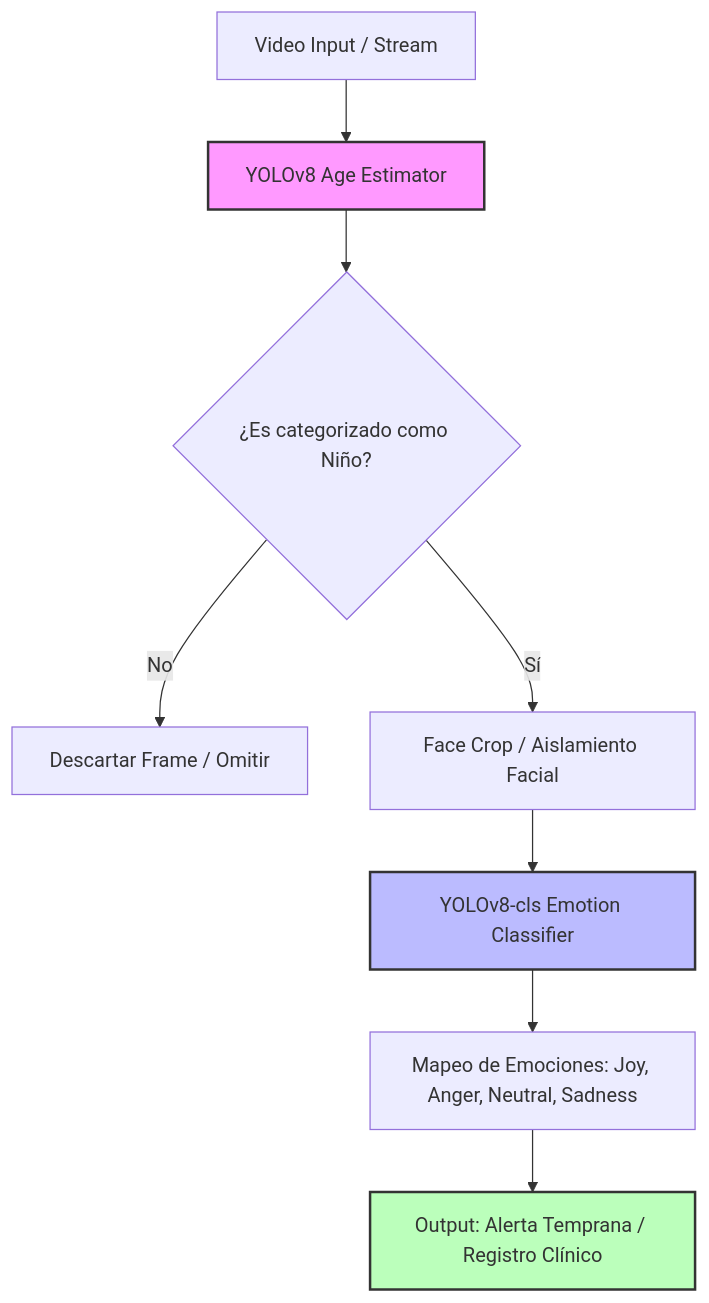
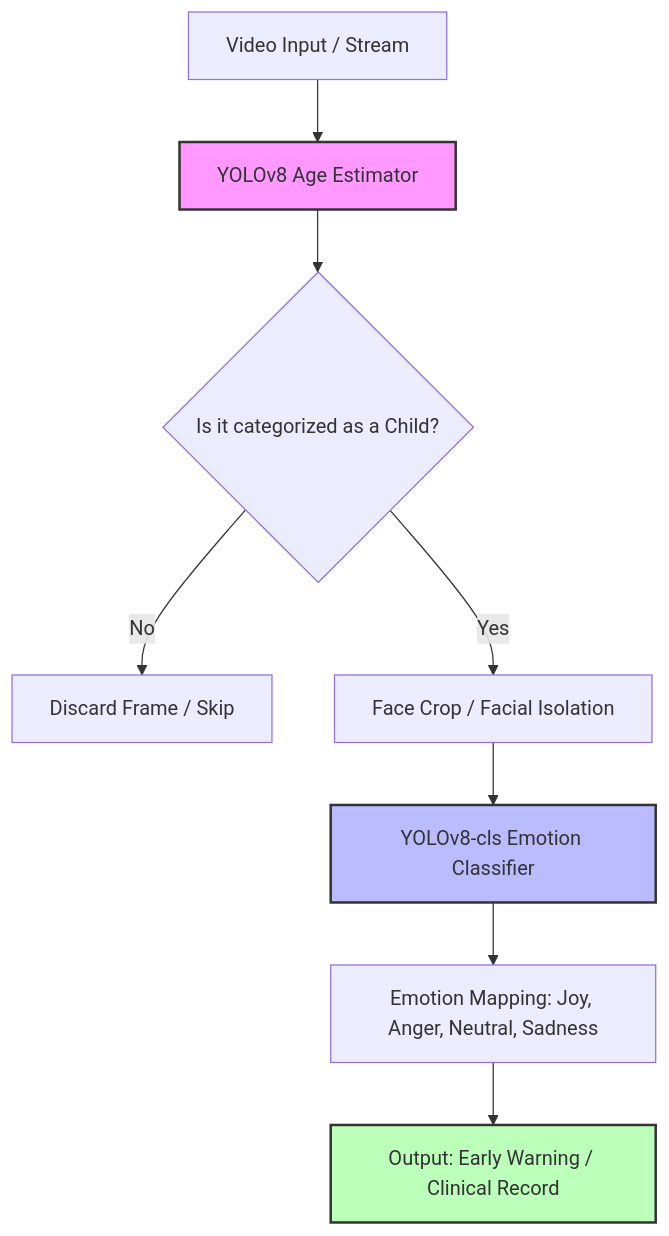
One commit to Deivs117/AI-Driven-Children-s-Emotion-Recognition changed the first of 3 diagrams in README.md. Above: the diagram before and after it, drawn with Mermaid. The commit also changed other lines of this file, not shown here.

````diff
--- a/README.md
+++ b/README.md
@@ -39,15 +39,15 @@
 ```mermaid
 graph TD
     A[Video Input / Stream] --> B[YOLOv8 Age Estimator]
-    B --> C{¿Es categorizado como Niño?}
-    C -- No --> D[Descartar Frame / Omitir]
-    C -- Sí --> E[Face Crop / Aislamiento Facial]
+    B --> C{Is it categorized as a Child?}
+    C -- No --> D[Discard Frame / Skip]
+    C -- Yes --> E[Face Crop / Facial Isolation]
     E --> F[YOLOv8-cls Emotion Classifier]
-    F --> G[Mapeo de Emociones: Joy, Anger, Neutral, Sadness]
-    G --> H[Output: Alerta Temprana / Registro Clínico]
+    F --> G[Emotion Mapping: Joy, Anger, Neutral, Sadness]
+    G --> H[Output: Early Warning / Clinical Record]
     
     style B fill:#f9f,stroke:#333,stroke-width:2px
     style F fill:#bbf,stroke:#333,stroke-width:2px
     style H fill:#bfb,stroke:#333,stroke-width:2px
 
 ```
````
